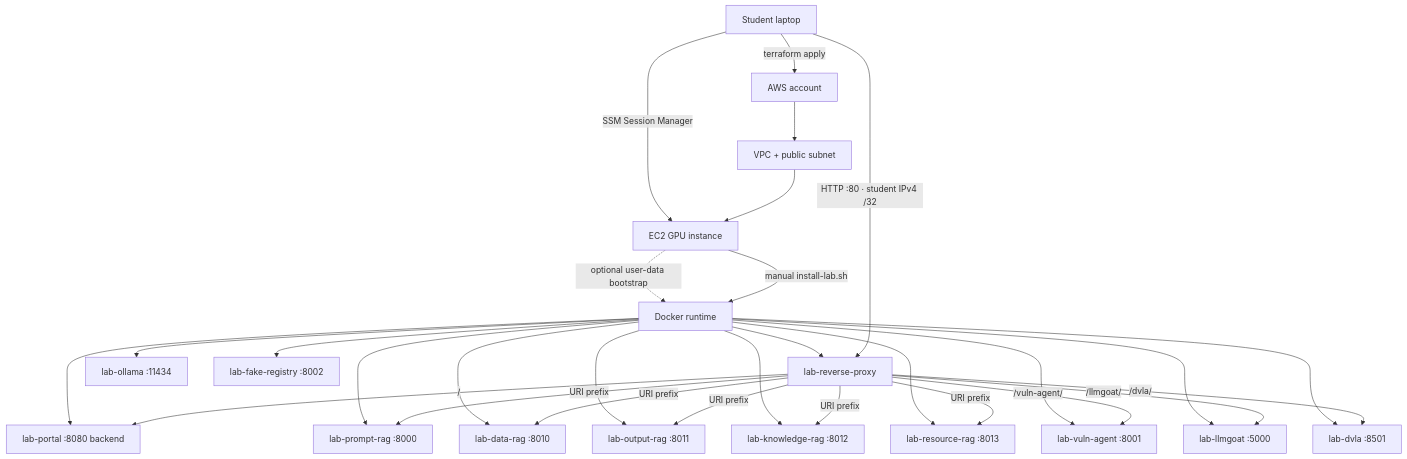
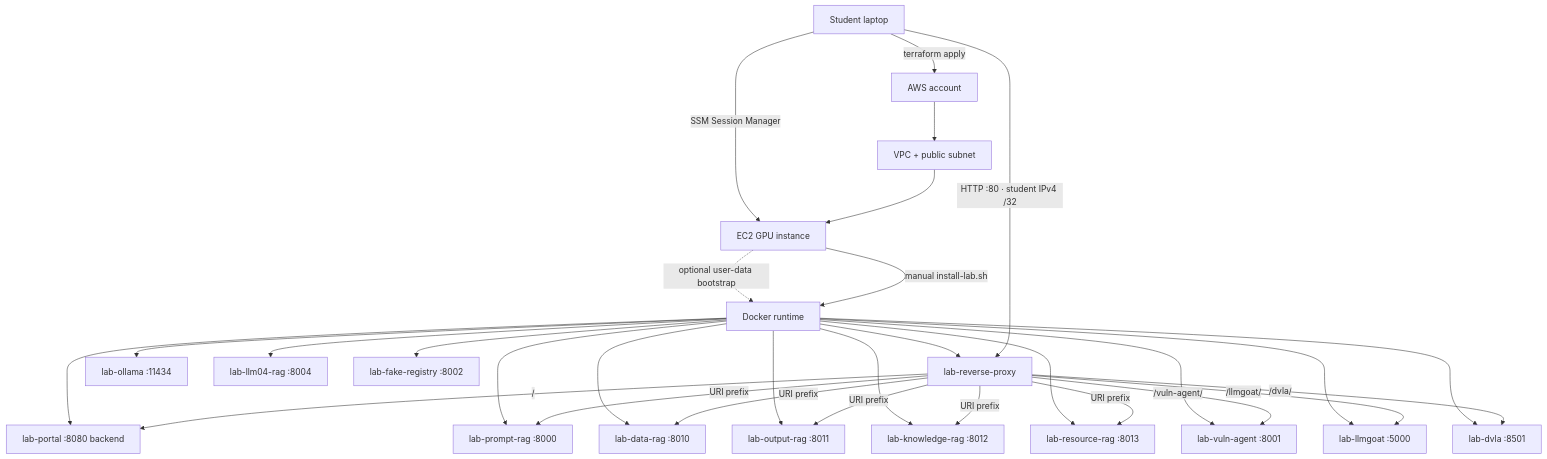
Before and after one commit to gasbugs/owasp-llm-lab-setup-guide: the first of 3 diagrams in docs/ARCHITECTURE.md, drawn with Mermaid. The commit also changed other lines of this file and 35 other files, not shown here.

Commit message:
feat(runtime): add dedicated LLM04 RAG translator

````diff
--- a/docs/ARCHITECTURE.md
+++ b/docs/ARCHITECTURE.md
@@ -5,31 +5,32 @@
 ```mermaid
 flowchart TD
   A["Student laptop"] -->|"terraform apply"| B["AWS account"]
   B --> C["VPC + public subnet"]
   C --> D["EC2 GPU instance"]
   A -->|"SSM Session Manager"| D
   D -->|"manual install-lab.sh"| E["Docker runtime"]
   D -. "optional user-data bootstrap" .-> E
   A -->|"HTTP :80 · student IPv4 /32"| N["lab-reverse-proxy"]
   N -->|"/"| P
   N -->|"URI prefix"| G1
   N -->|"URI prefix"| G2
   N -->|"URI prefix"| G3
   N -->|"URI prefix"| G4
   N -->|"URI prefix"| G5
   N -->|"/vuln-agent/"| H
   N -->|"/llmgoat/"| I
   N -->|"/dvla/"| J
   E --> F["lab-ollama :11434"]
   E --> N
   E --> P["lab-portal :8080 backend"]
   E --> G1["lab-prompt-rag :8000"]
+  E --> G04["lab-llm04-rag :8004"]
   E --> G2["lab-data-rag :8010"]
   E --> G3["lab-output-rag :8011"]
   E --> G4["lab-knowledge-rag :8012"]
   E --> G5["lab-resource-rag :8013"]
   E --> H["lab-vuln-agent :8001"]
   E --> I["lab-llmgoat :5000"]
   E --> J["lab-dvla :8501"]
   E --> K["lab-fake-registry :8002"]
 ```
````
